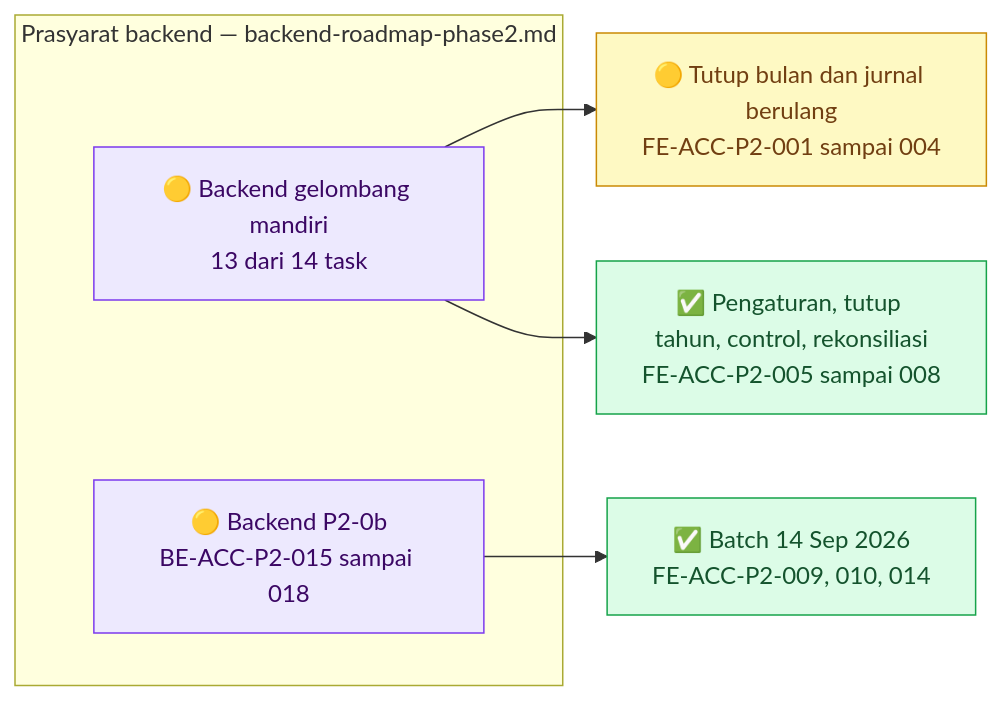
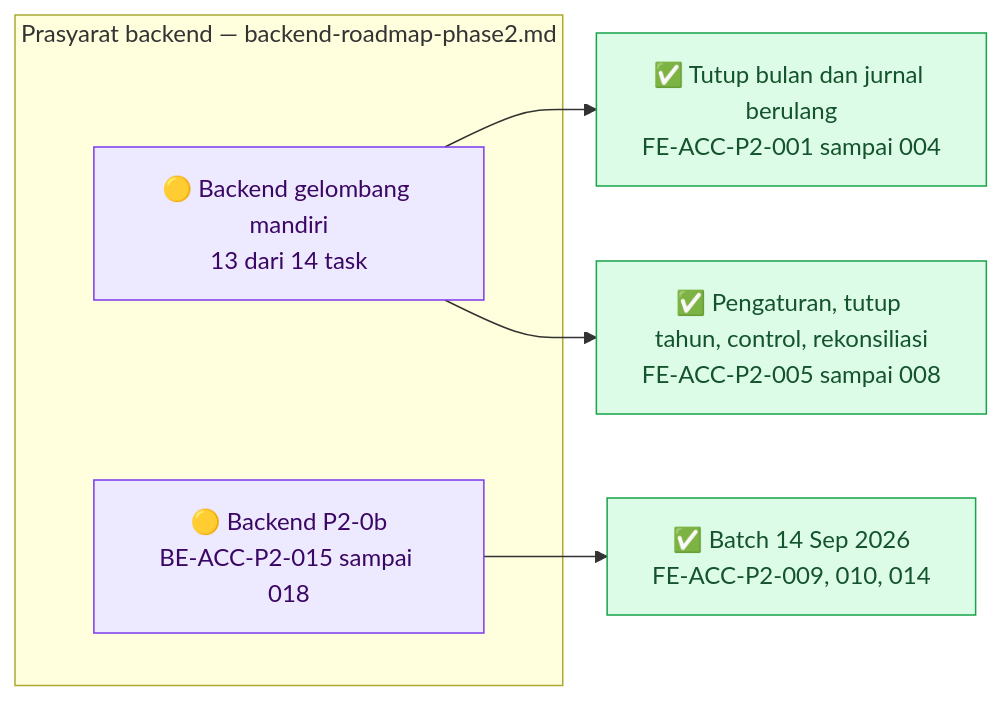
The first of 4 diagrams in docs/module-blueprints/accounting/roadmap/frontend-roadmap-phase2.md (DevBenari/NewQuilvianSystemBackend), drawn with Mermaid before and after one commit. The commit also changed other lines of this file and 5 other files, not shown here.

````diff
--- a/docs/module-blueprints/accounting/roadmap/frontend-roadmap-phase2.md
+++ b/docs/module-blueprints/accounting/roadmap/frontend-roadmap-phase2.md
@@ -40,21 +40,21 @@
 ```mermaid
 flowchart LR
     classDef selesai fill:#DCFCE7,stroke:#16A34A,color:#14532D
     classDef sebagian fill:#FEF9C3,stroke:#CA8A04,color:#713F12
     classDef terblokir fill:#FEE2E2,stroke:#DC2626,color:#7F1D1D
     classDef belum fill:#F1F5F9,stroke:#64748B,color:#0F172A
     classDef luar fill:#EDE9FE,stroke:#7C3AED,color:#3B0764
 
     subgraph backend["Prasyarat backend — backend-roadmap-phase2.md"]
         BMANDIRI["🟡 Backend gelombang mandiri<br/>13 dari 14 task"]:::luar
         BP20B["🟡 Backend P2-0b<br/>BE-ACC-P2-015 sampai 018"]:::luar
     end
 
-    FTUTUP["🟡 Tutup bulan dan jurnal berulang<br/>FE-ACC-P2-001 sampai 004"]:::sebagian
+    FTUTUP["✅ Tutup bulan dan jurnal berulang<br/>FE-ACC-P2-001 sampai 004"]:::selesai
     FLAIN["✅ Pengaturan, tutup tahun, control, rekonsiliasi<br/>FE-ACC-P2-005 sampai 008"]:::selesai
     FBATCH["✅ Batch 14 Sep 2026<br/>FE-ACC-P2-009, 010, 014"]:::selesai
 
     BMANDIRI --> FTUTUP
     BMANDIRI --> FLAIN
     BP20B --> FBATCH
 ```
````
